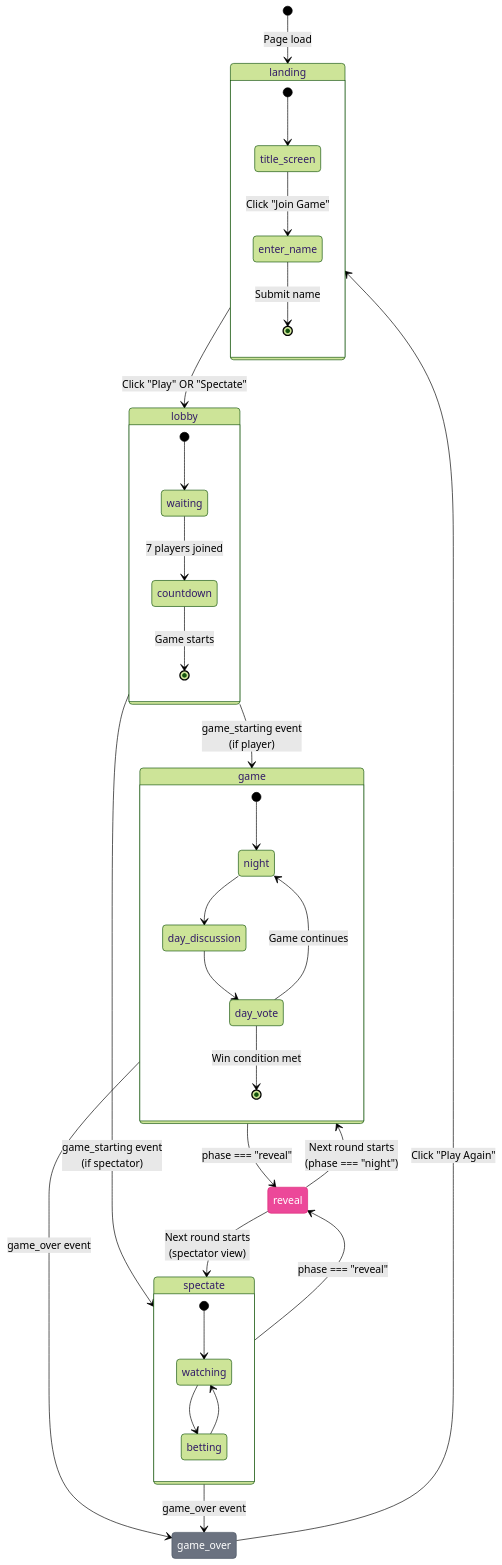
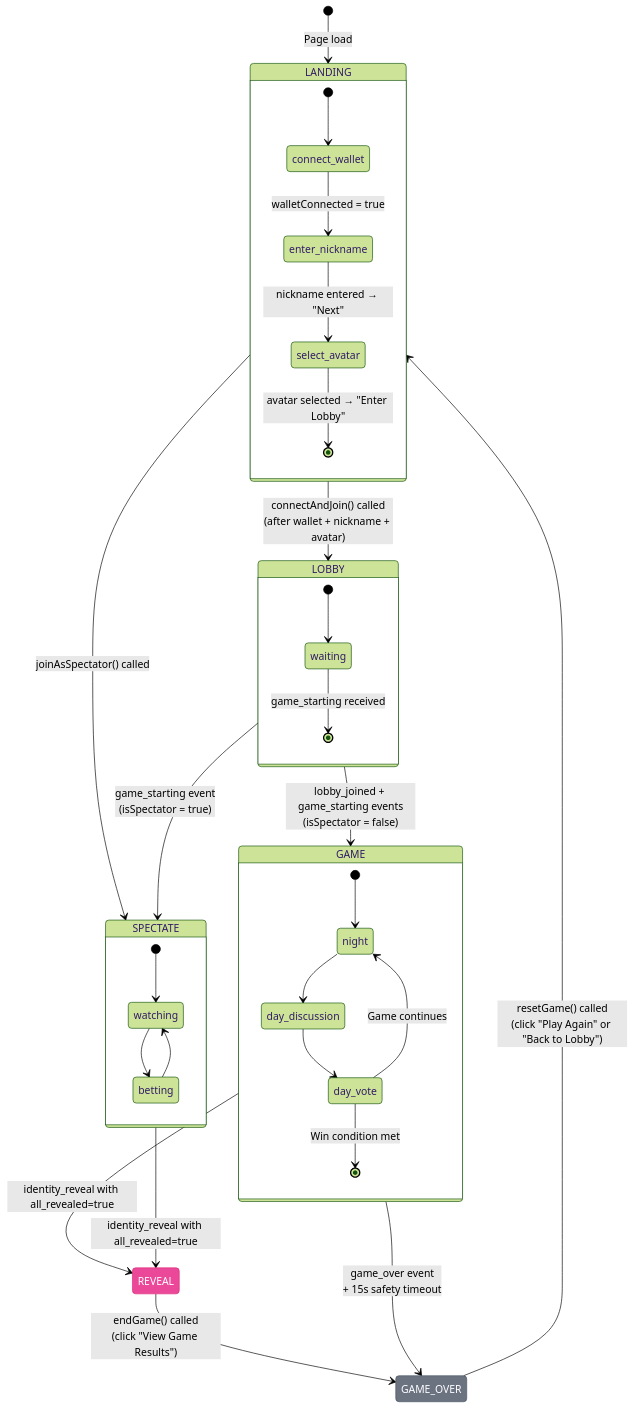
One commit to 0xarkstar/mafi-AI changed the fifth of 6 diagrams in docs/USERFLOW.md. Above: the diagram before and after it, drawn with Mermaid (forest theme). The commit also changed other lines of this file and 3 other files, not shown here.

````diff
--- a/docs/USERFLOW.md
+++ b/docs/USERFLOW.md
@@ -467,53 +510,52 @@
 ```mermaid
 stateDiagram-v2
-    [*] --> landing: Page load
+    [*] --> LANDING: Page load
 
-    landing --> lobby: Click "Play" OR "Spectate"
+    LANDING --> LOBBY: connectAndJoin() called<br/>(after wallet + nickname + avatar)
+    LANDING --> SPECTATE: joinAsSpectator() called
 
-    lobby --> game: game_starting event<br/>(if player)
-    lobby --> spectate: game_starting event<br/>(if spectator)
+    LOBBY --> GAME: lobby_joined + game_starting events<br/>(isSpectator = false)
+    LOBBY --> SPECTATE: game_starting event<br/>(isSpectator = true)
 
-    game --> reveal: phase === "reveal"
-    spectate --> reveal: phase === "reveal"
+    GAME --> REVEAL: identity_reveal with all_revealed=true
+    SPECTATE --> REVEAL: identity_reveal with all_revealed=true
 
-    reveal --> game: Next round starts<br/>(phase === "night")
-    reveal --> spectate: Next round starts<br/>(spectator view)
+    REVEAL --> GAME_OVER: endGame() called<br/>(click "View Game Results")
 
-    game --> game_over: game_over event
-    spectate --> game_over: game_over event
+    GAME --> GAME_OVER: game_over event<br/>+ 15s safety timeout
 
-    game_over --> landing: Click "Play Again"
+    GAME_OVER --> LANDING: resetGame() called<br/>(click "Play Again" or "Back to Lobby")
 
-    state landing {
-        [*] --> title_screen
-        title_screen --> enter_name: Click "Join Game"
-        enter_name --> [*]: Submit name
+    state LANDING {
+        [*] --> connect_wallet
+        connect_wallet --> enter_nickname: walletConnected = true
+        enter_nickname --> select_avatar: nickname entered → "Next"
+        select_avatar --> [*]: avatar selected → "Enter Lobby"
     }
 
-    state lobby {
+    state LOBBY {
         [*] --> waiting
-        waiting --> countdown: 7 players joined
-        countdown --> [*]: Game starts
+        waiting --> [*]: game_starting received
     }
 
-    state game {
+    state GAME {
         [*] --> night
         night --> day_discussion
         day_discussion --> day_vote
         day_vote --> night: Game continues
         day_vote --> [*]: Win condition met
     }
 
-    state spectate {
+    state SPECTATE {
         [*] --> watching
         watching --> betting
         betting --> watching
     }
 
-    style landing fill:#3b82f6,stroke:#1e40af,color:#fff
-    style lobby fill:#10b981,stroke:#059669,color:#fff
-    style game fill:#f59e0b,stroke:#d97706,color:#000
-    style spectate fill:#8b5cf6,stroke:#7c3aed,color:#fff
-    style reveal fill:#ec4899,stroke:#db2777,color:#fff
-    style game_over fill:#6b7280,stroke:#4b5563,color:#fff
+    style LANDING fill:#3b82f6,stroke:#1e40af,color:#fff
+    style LOBBY fill:#10b981,stroke:#059669,color:#fff
+    style GAME fill:#f59e0b,stroke:#d97706,color:#000
+    style SPECTATE fill:#8b5cf6,stroke:#7c3aed,color:#fff
+    style REVEAL fill:#ec4899,stroke:#db2777,color:#fff
+    style GAME_OVER fill:#6b7280,stroke:#4b5563,color:#fff
 ```
````
